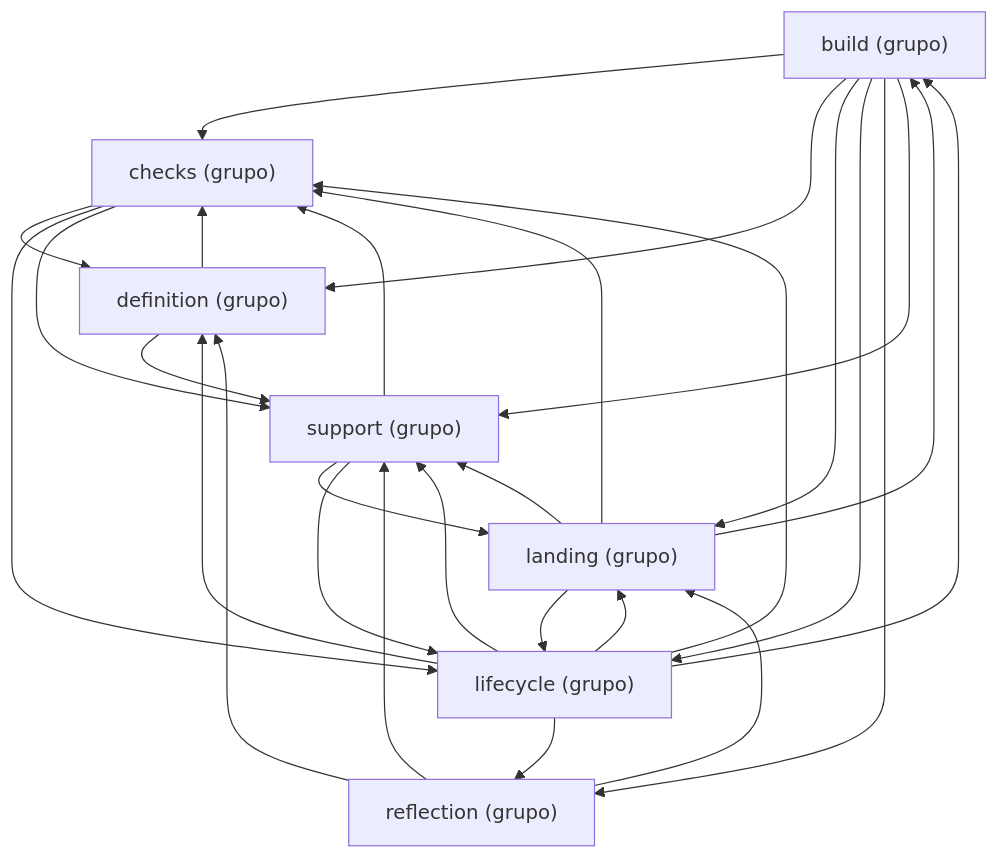
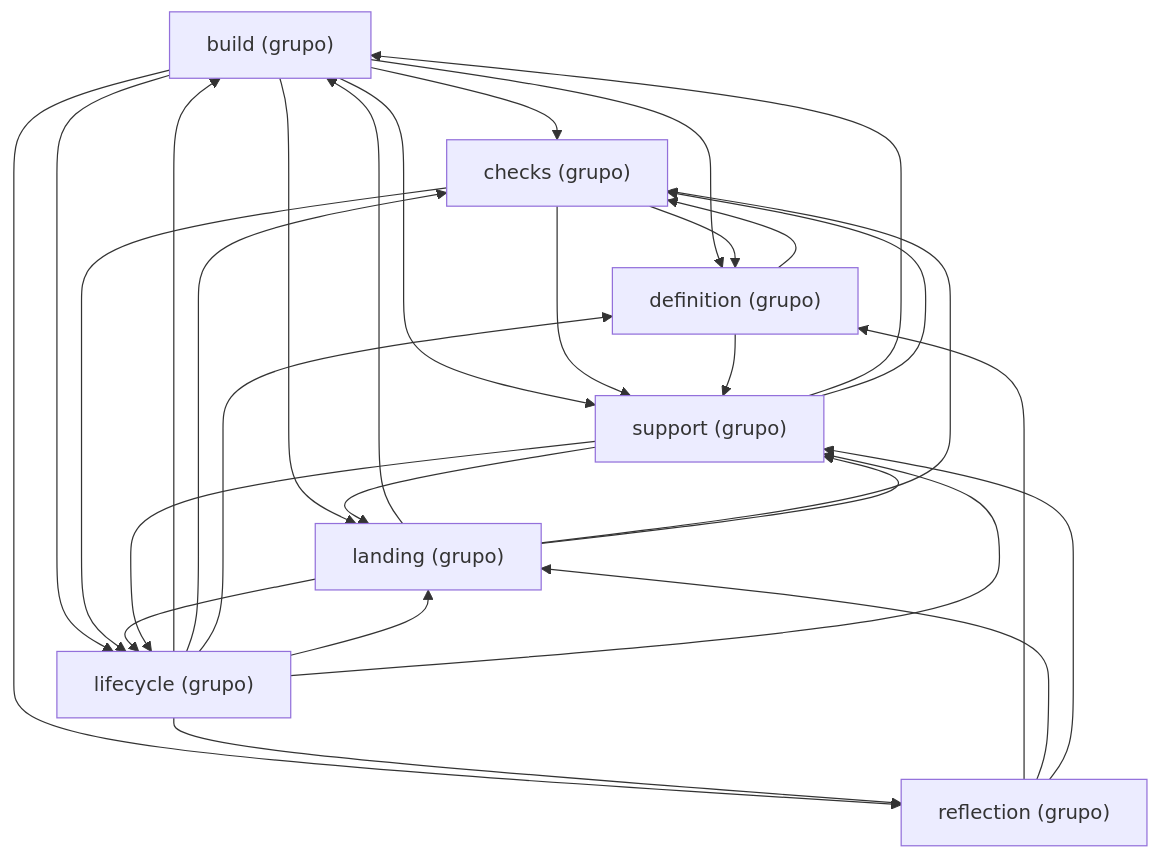
One commit to GonzaloZevallos/agentic-system changed the diagram in docs/architecture/generated/packages-process-application.md. Above: the diagram before and after it, drawn with Mermaid. The commit also changed 1 other file, not shown here.

Commit message:
Regenerate the architecture pages

````diff
--- a/docs/architecture/generated/packages-process-application.md
+++ b/docs/architecture/generated/packages-process-application.md
@@ -26,37 +26,38 @@
 ```mermaid
 graph TD
     g_application__build["build (grupo)"]
     g_application__checks["checks (grupo)"]
     g_application__definition["definition (grupo)"]
     g_application__landing["landing (grupo)"]
     g_application__lifecycle["lifecycle (grupo)"]
     g_application__reflection["reflection (grupo)"]
     g_application__support["support (grupo)"]
     g_application__build --> g_application__checks
     g_application__build --> g_application__definition
     g_application__build --> g_application__landing
     g_application__build --> g_application__lifecycle
     g_application__build --> g_application__reflection
     g_application__build --> g_application__support
     g_application__checks --> g_application__definition
     g_application__checks --> g_application__lifecycle
     g_application__checks --> g_application__support
     g_application__definition --> g_application__checks
     g_application__definition --> g_application__support
     g_application__landing --> g_application__build
     g_application__landing --> g_application__checks
     g_application__landing --> g_application__lifecycle
     g_application__landing --> g_application__support
     g_application__lifecycle --> g_application__build
     g_application__lifecycle --> g_application__checks
     g_application__lifecycle --> g_application__definition
     g_application__lifecycle --> g_application__landing
     g_application__lifecycle --> g_application__reflection
     g_application__lifecycle --> g_application__support
     g_application__reflection --> g_application__definition
     g_application__reflection --> g_application__landing
     g_application__reflection --> g_application__support
+    g_application__support --> g_application__build
     g_application__support --> g_application__checks
     g_application__support --> g_application__landing
     g_application__support --> g_application__lifecycle
 ```
````
